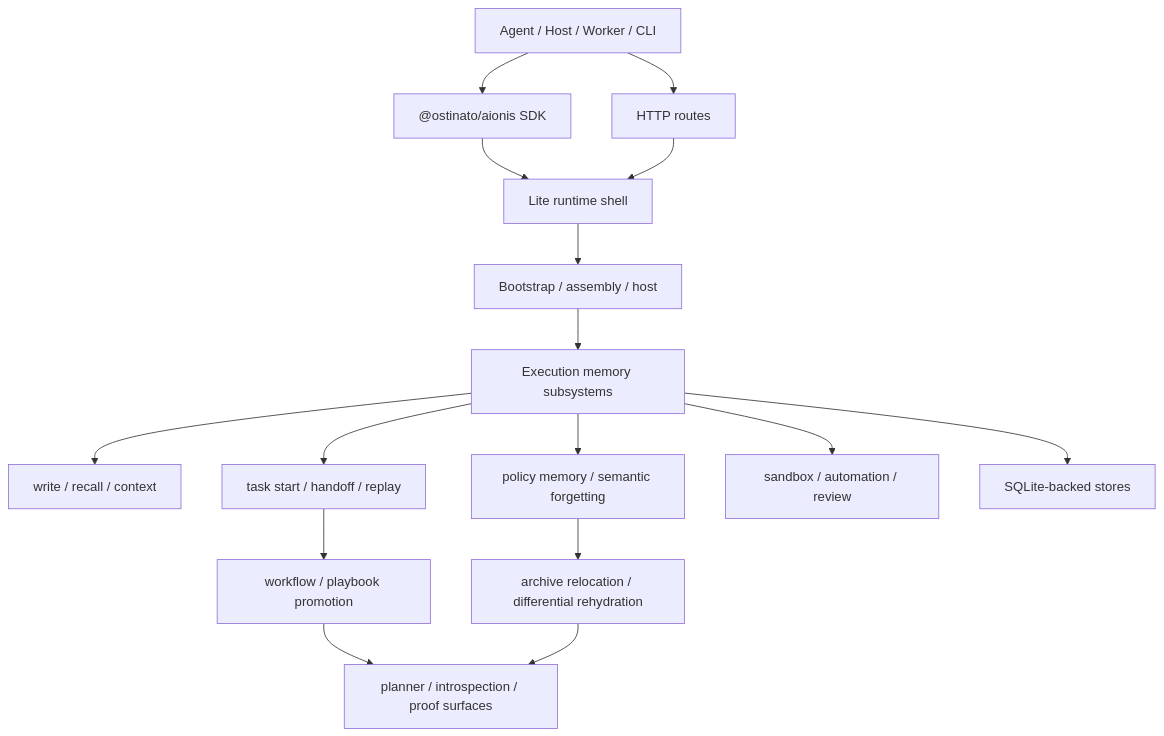
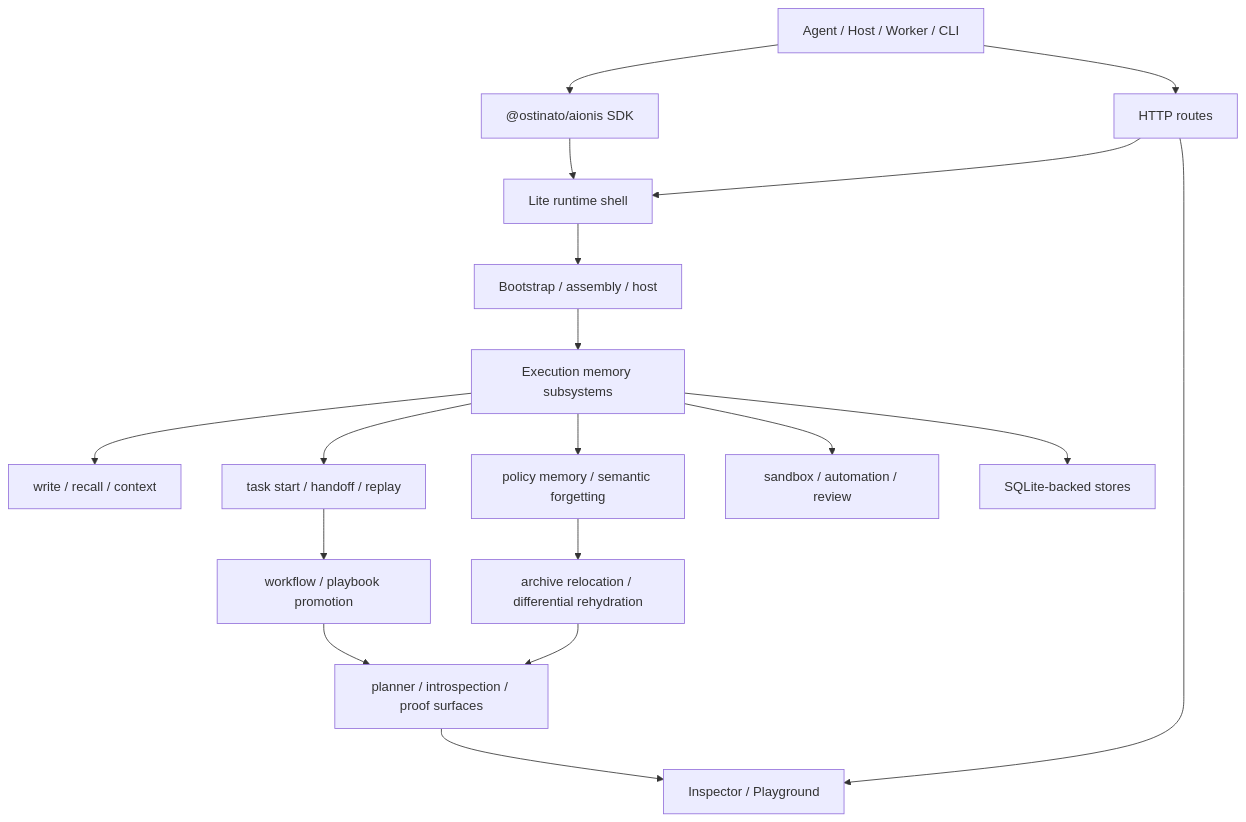
Before and after one commit to ostinatocc/AionisCore: the third of 3 diagrams in README.md, drawn with Mermaid. The commit also changed other lines of this file, not shown here.

````diff
--- a/README.md
+++ b/README.md
@@ -109,18 +129,20 @@
 ```mermaid
 flowchart TD
     A["Agent / Host / Worker / CLI"] --> B["@ostinato/aionis SDK"]
     A --> C["HTTP routes"]
     B --> D["Lite runtime shell"]
     C --> D
     D --> E["Bootstrap / assembly / host"]
     E --> F["Execution memory subsystems"]
     F --> F1["write / recall / context"]
     F --> F2["task start / handoff / replay"]
     F --> F3["policy memory / semantic forgetting"]
     F --> F4["sandbox / automation / review"]
     F --> G["SQLite-backed stores"]
     F2 --> H["workflow / playbook promotion"]
     F3 --> I["archive relocation / differential rehydration"]
     H --> J["planner / introspection / proof surfaces"]
     I --> J
+    C --> K["Inspector / Playground"]
+    J --> K
 ```
````
